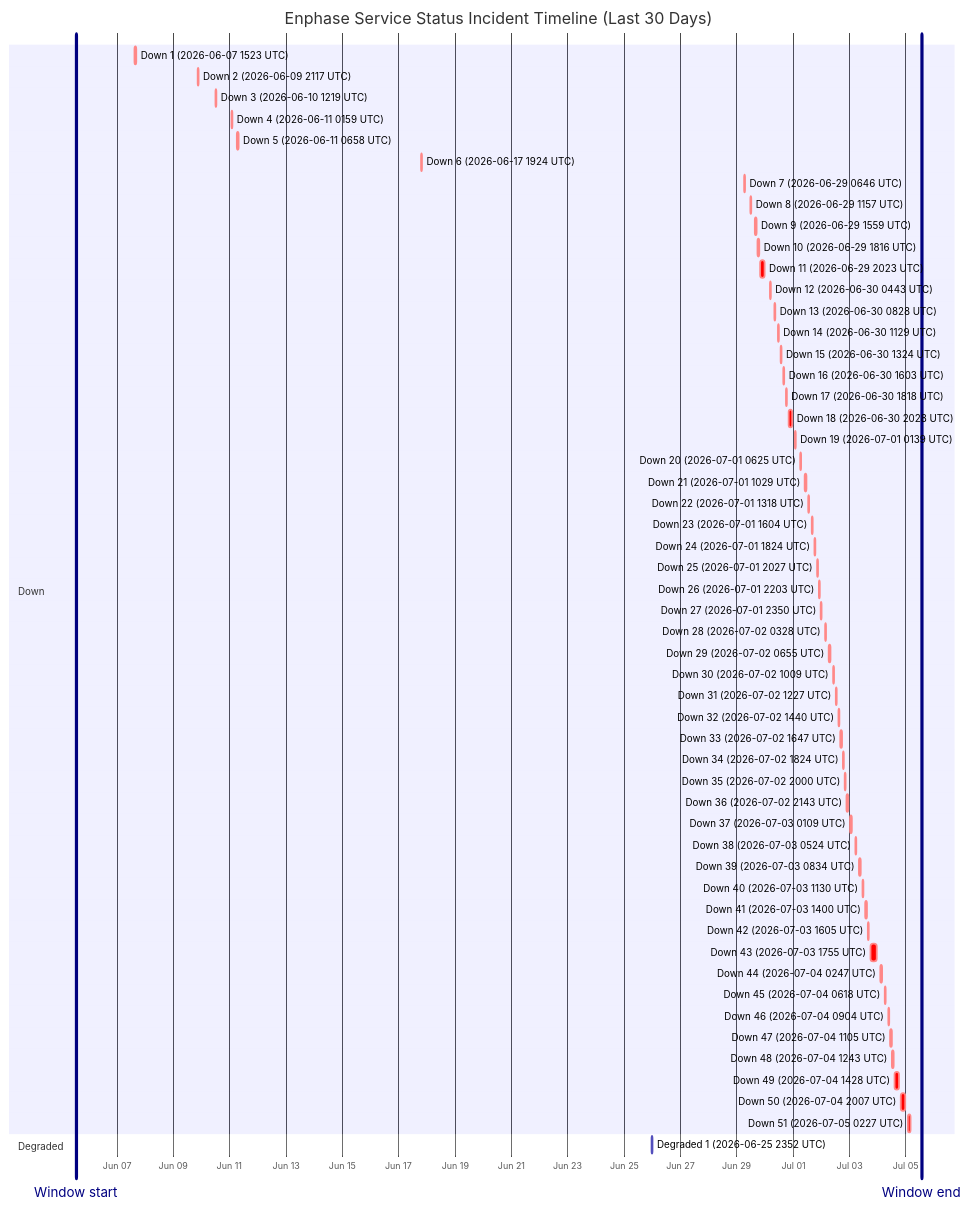
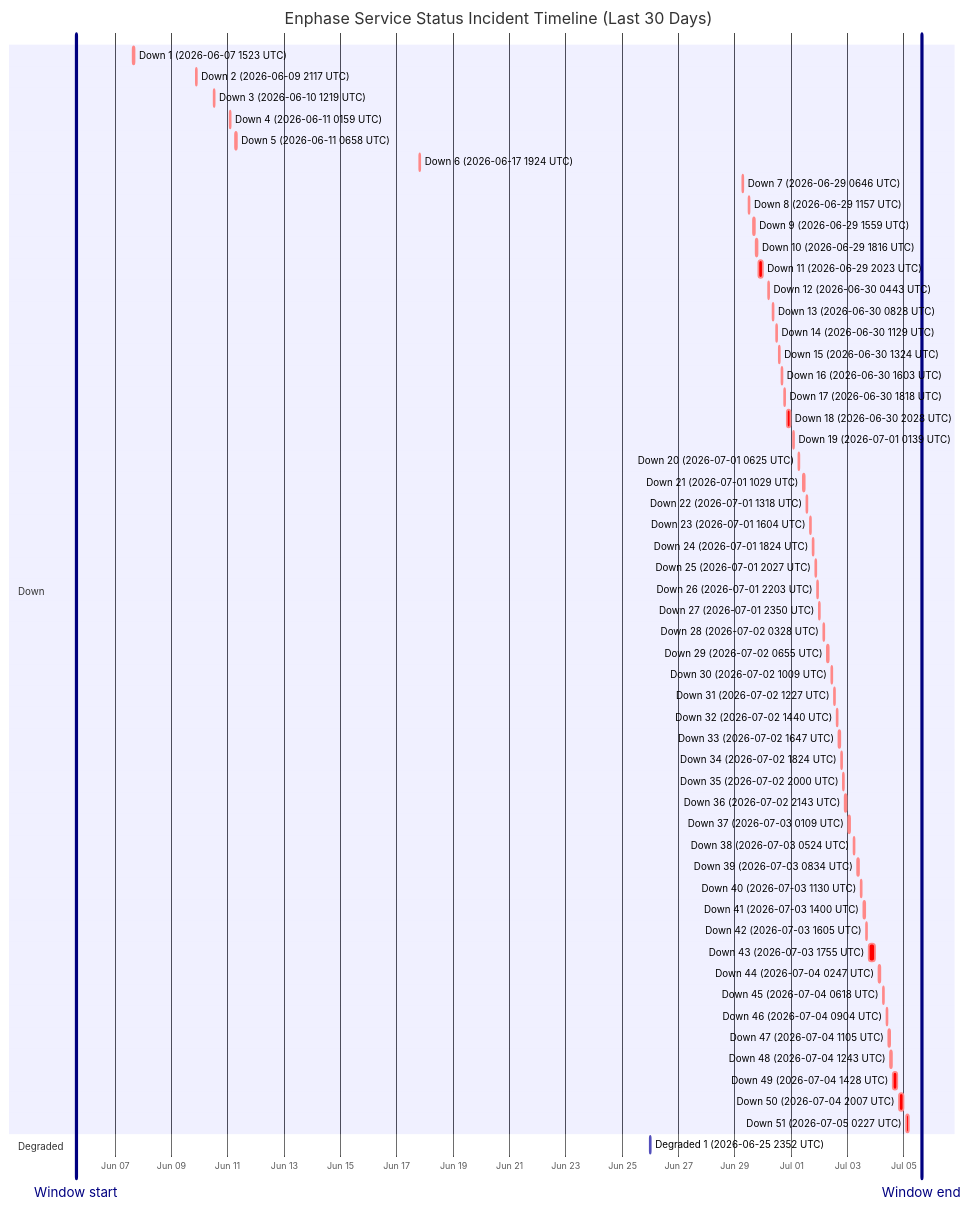
One commit to barneyonline/ha-enphase-energy changed the diagram in wiki/Service-Status-History.md. Above: the diagram before and after it, drawn with Mermaid. The commit also changed other lines of this file and 3 other files, not shown here.

````diff
--- a/wiki/Service-Status-History.md
+++ b/wiki/Service-Status-History.md
@@ -14,62 +14,62 @@
 ```mermaid
 gantt
     title Enphase Service Status Incident Timeline (Last 30 Days)
     dateFormat  YYYY-MM-DDTHH:mm:ss
     axisFormat  %b %d
-    Window start :vert, window-start, 2026-06-05T13:28:06, 0ms
-    Window end :vert, window-end, 2026-07-05T13:28:06, 0ms
+    Window start :vert, window-start, 2026-06-05T14:58:29, 0ms
+    Window end :vert, window-end, 2026-07-05T14:58:29, 0ms
     section Down
     Down 1 (2026-06-07 1523 UTC) :crit, down-1, 2026-06-07T15:23:22, 87m
     Down 2 (2026-06-09 2117 UTC) :crit, down-2, 2026-06-09T21:17:17, 60m
     Down 3 (2026-06-10 1219 UTC) :crit, down-3, 2026-06-10T12:19:21, 60m
     Down 4 (2026-06-11 0159 UTC) :crit, down-4, 2026-06-11T01:59:36, 60m
     Down 5 (2026-06-11 0658 UTC) :crit, down-5, 2026-06-11T06:58:45, 60m
     Down 6 (2026-06-17 1924 UTC) :crit, down-6, 2026-06-17T19:24:51, 60m
     Down 7 (2026-06-29 0646 UTC) :crit, down-7, 2026-06-29T06:46:18, 60m
     Down 8 (2026-06-29 1157 UTC) :crit, down-8, 2026-06-29T11:57:36, 60m
     Down 9 (2026-06-29 1559 UTC) :crit, down-9, 2026-06-29T15:59:02, 60m
     Down 10 (2026-06-29 1816 UTC) :crit, down-10, 2026-06-29T18:16:38, 60m
     Down 11 (2026-06-29 2023 UTC) :crit, down-11, 2026-06-29T20:23:16, 220m
     Down 12 (2026-06-30 0443 UTC) :crit, down-12, 2026-06-30T04:43:54, 60m
     Down 13 (2026-06-30 0828 UTC) :crit, down-13, 2026-06-30T08:28:43, 60m
     Down 14 (2026-06-30 1129 UTC) :crit, down-14, 2026-06-30T11:29:15, 60m
     Down 15 (2026-06-30 1324 UTC) :crit, down-15, 2026-06-30T13:24:25, 60m
     Down 16 (2026-06-30 1603 UTC) :crit, down-16, 2026-06-30T16:03:26, 60m
     Down 17 (2026-06-30 1818 UTC) :crit, down-17, 2026-06-30T18:18:39, 60m
     Down 18 (2026-06-30 2028 UTC) :crit, down-18, 2026-06-30T20:28:54, 171m
     Down 19 (2026-07-01 0139 UTC) :crit, down-19, 2026-07-01T01:39:18, 60m
     Down 20 (2026-07-01 0625 UTC) :crit, down-20, 2026-07-01T06:25:35, 60m
     Down 21 (2026-07-01 1029 UTC) :crit, down-21, 2026-07-01T10:29:24, 60m
     Down 22 (2026-07-01 1318 UTC) :crit, down-22, 2026-07-01T13:18:31, 60m
     Down 23 (2026-07-01 1604 UTC) :crit, down-23, 2026-07-01T16:04:29, 60m
     Down 24 (2026-07-01 1824 UTC) :crit, down-24, 2026-07-01T18:24:21, 60m
     Down 25 (2026-07-01 2027 UTC) :crit, down-25, 2026-07-01T20:27:17, 60m
     Down 26 (2026-07-01 2203 UTC) :crit, down-26, 2026-07-01T22:03:46, 60m
     Down 27 (2026-07-01 2350 UTC) :crit, down-27, 2026-07-01T23:50:52, 60m
     Down 28 (2026-07-02 0328 UTC) :crit, down-28, 2026-07-02T03:28:33, 60m
     Down 29 (2026-07-02 0655 UTC) :crit, down-29, 2026-07-02T06:55:07, 60m
     Down 30 (2026-07-02 1009 UTC) :crit, down-30, 2026-07-02T10:09:15, 60m
     Down 31 (2026-07-02 1227 UTC) :crit, down-31, 2026-07-02T12:27:49, 60m
     Down 32 (2026-07-02 1440 UTC) :crit, down-32, 2026-07-02T14:40:53, 60m
     Down 33 (2026-07-02 1647 UTC) :crit, down-33, 2026-07-02T16:47:47, 60m
     Down 34 (2026-07-02 1824 UTC) :crit, down-34, 2026-07-02T18:24:26, 60m
     Down 35 (2026-07-02 2000 UTC) :crit, down-35, 2026-07-02T20:00:57, 60m
     Down 36 (2026-07-02 2143 UTC) :crit, down-36, 2026-07-02T21:43:52, 80m
     Down 37 (2026-07-03 0109 UTC) :crit, down-37, 2026-07-03T01:09:19, 60m
     Down 38 (2026-07-03 0524 UTC) :crit, down-38, 2026-07-03T05:24:23, 60m
     Down 39 (2026-07-03 0834 UTC) :crit, down-39, 2026-07-03T08:34:05, 60m
     Down 40 (2026-07-03 1130 UTC) :crit, down-40, 2026-07-03T11:30:41, 60m
     Down 41 (2026-07-03 1400 UTC) :crit, down-41, 2026-07-03T14:00:48, 60m
     Down 42 (2026-07-03 1605 UTC) :crit, down-42, 2026-07-03T16:05:49, 60m
     Down 43 (2026-07-03 1755 UTC) :crit, down-43, 2026-07-03T17:55:54, 338m
     Down 44 (2026-07-04 0247 UTC) :crit, down-44, 2026-07-04T02:47:22, 60m
     Down 45 (2026-07-04 0618 UTC) :crit, down-45, 2026-07-04T06:18:09, 60m
     Down 46 (2026-07-04 0904 UTC) :crit, down-46, 2026-07-04T09:04:41, 60m
     Down 47 (2026-07-04 1105 UTC) :crit, down-47, 2026-07-04T11:05:21, 60m
     Down 48 (2026-07-04 1243 UTC) :crit, down-48, 2026-07-04T12:43:25, 60m
     Down 49 (2026-07-04 1428 UTC) :crit, down-49, 2026-07-04T14:28:07, 243m
     Down 50 (2026-07-04 2007 UTC) :crit, down-50, 2026-07-04T20:07:50, 206m
     Down 51 (2026-07-05 0227 UTC) :crit, down-51, 2026-07-05T02:27:32, 109m
     section Degraded
     Degraded 1 (2026-06-25 2352 UTC) :active, degraded-1, 2026-06-25T23:52:01, 60m
 ```
````
